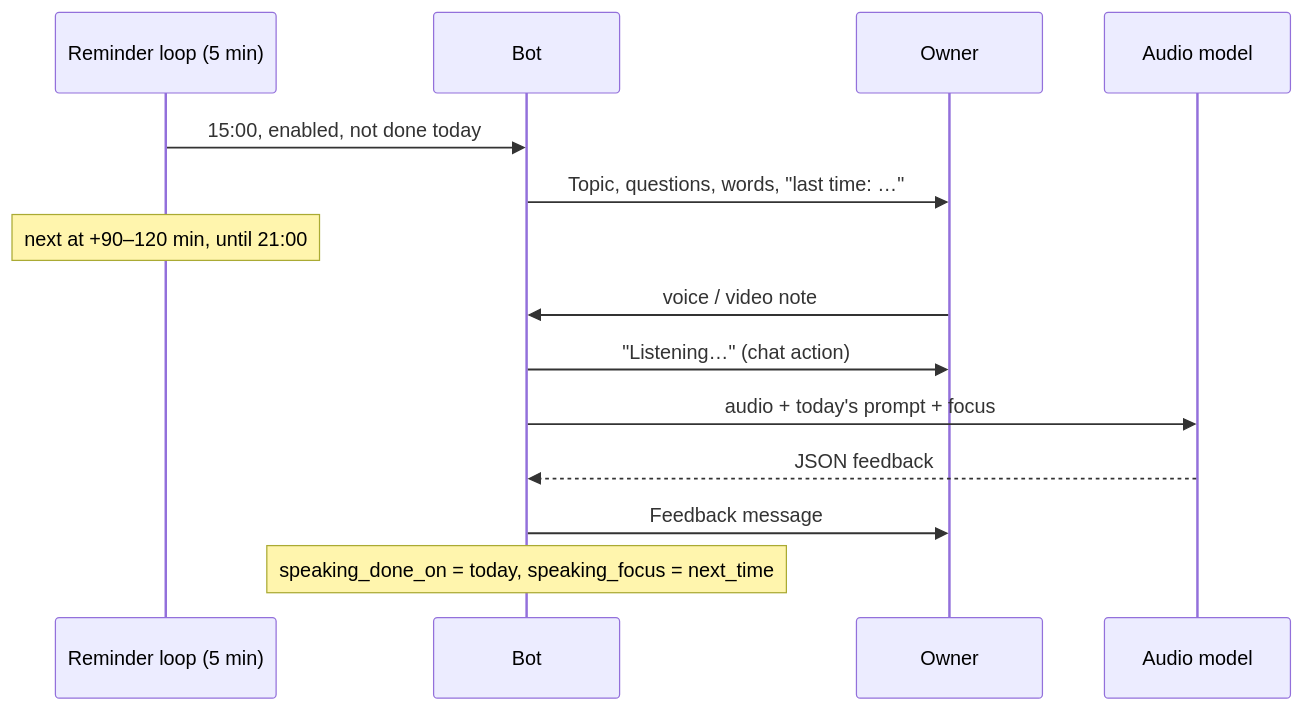
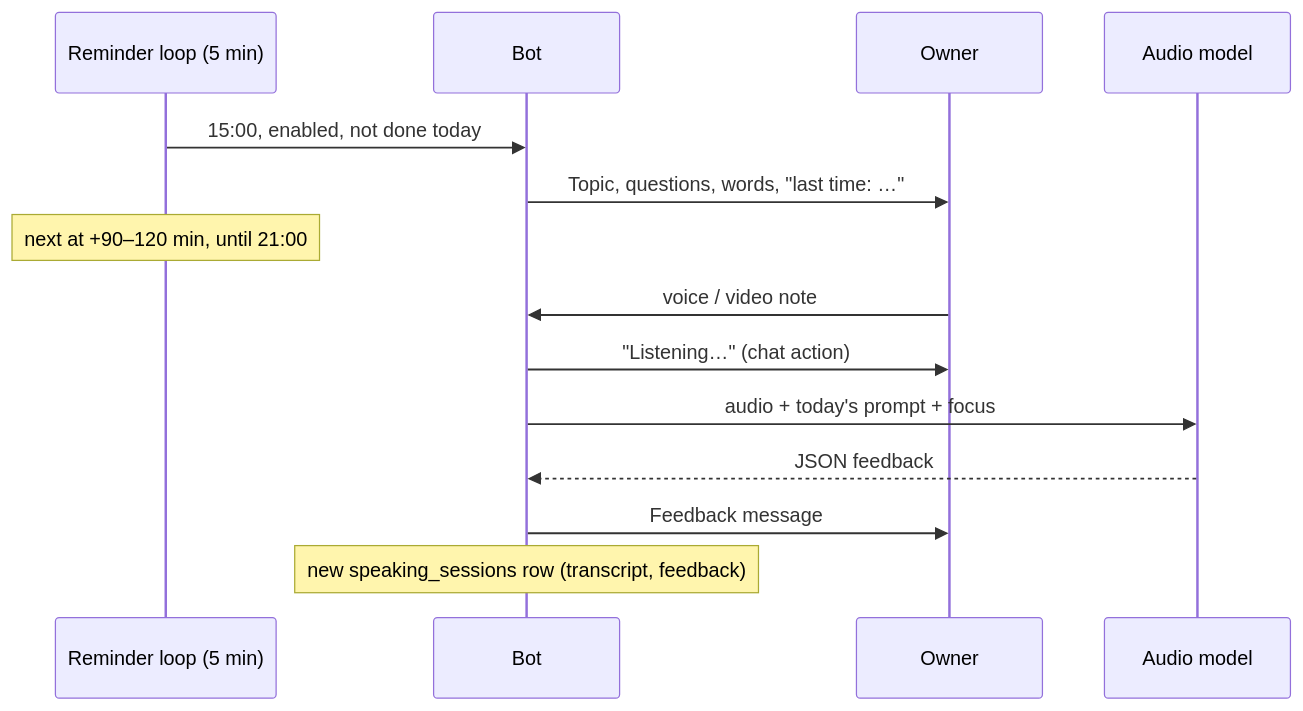
One commit to nikitaganin08/anki-vocab-bot changed the diagram in docs/superpowers/specs/2026-11-12-speaking-practice-design.md. Above: the diagram before and after it, drawn with Mermaid. The commit also changed other lines of this file, not shown here.

Commit message:
docs: speaking practice keeps transcripts and feedback, not media

````diff
--- a/docs/superpowers/specs/2026-11-12-speaking-practice-design.md
+++ b/docs/superpowers/specs/2026-11-12-speaking-practice-design.md
@@ -58,16 +71,16 @@
 ```mermaid
 sequenceDiagram
   participant L as Reminder loop (5 min)
   participant B as Bot
   participant U as Owner
   participant M as Audio model
   L->>B: 15:00, enabled, not done today
   B->>U: Topic, questions, words, "last time: …"
   Note over L: next at +90–120 min, until 21:00
   U->>B: voice / video note
   B->>U: "Listening…" (chat action)
   B->>M: audio + today's prompt + focus
   M-->>B: JSON feedback
   B->>U: Feedback message
-  Note over B: speaking_done_on = today, speaking_focus = next_time
+  Note over B: new speaking_sessions row (transcript, feedback)
 ```
````
